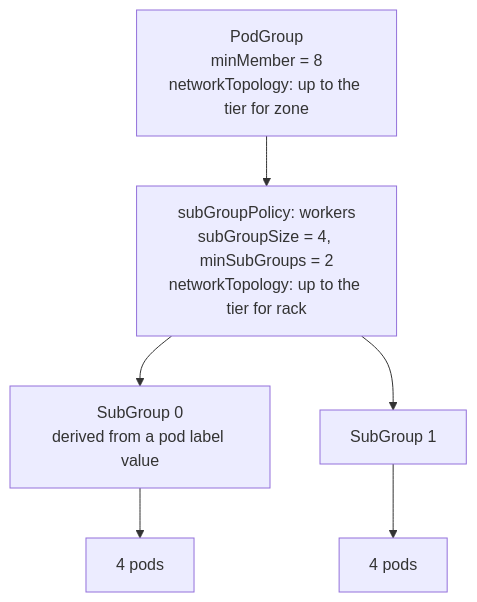
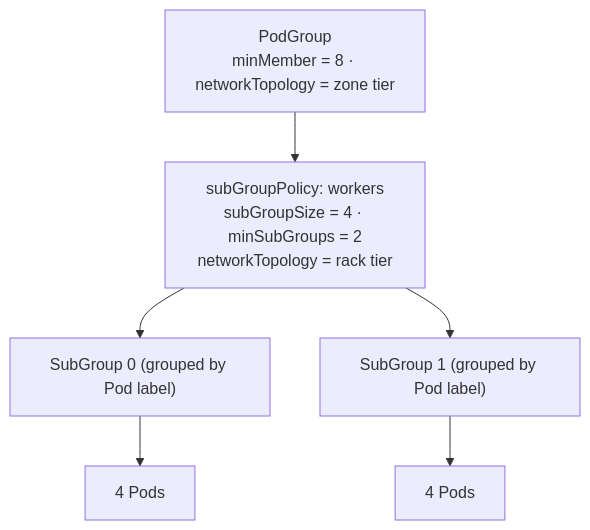
Before and after one commit to JesseStutler/volcano: the eighth of 15 diagrams in docs/research/k8s-workload-aware-scheduling-vs-volcano.md, drawn with Mermaid. The commit also changed other lines of this file and 1 other file, not shown here.

First line of the commit message:
docs: improve readability of upstream PodGroup vs Volcano report

````diff
--- a/docs/research/k8s-workload-aware-scheduling-vs-volcano.md
+++ b/docs/research/k8s-workload-aware-scheduling-vs-volcano.md
@@ -406,12 +319,13 @@
 ```mermaid
 flowchart TD
-    VPG["PodGroup<br/>minMember = 8<br/>networkTopology: up to the tier for zone"]
-    Pol["subGroupPolicy: workers<br/>subGroupSize = 4, minSubGroups = 2<br/>networkTopology: up to the tier for rack"]
-    S0["SubGroup 0<br/>derived from a pod label value"]
-    S1["SubGroup 1"]
+    VPG["PodGroup<br/>minMember = 8 · networkTopology = zone tier"]
+    Pol["subGroupPolicy: workers<br/>subGroupSize = 4 · minSubGroups = 2<br/>networkTopology = rack tier"]
+    S0["SubGroup 0 (grouped by Pod label)"]
+    S1["SubGroup 1 (grouped by Pod label)"]
+
     VPG --> Pol
     Pol --> S0
     Pol --> S1
-    S0 --> P0["4 pods"]
-    S1 --> P1["4 pods"]
+    S0 --> P0["4 Pods"]
+    S1 --> P1["4 Pods"]
 ```
````
